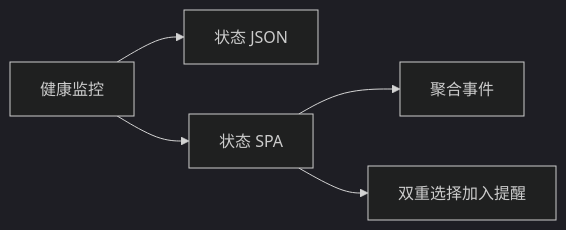
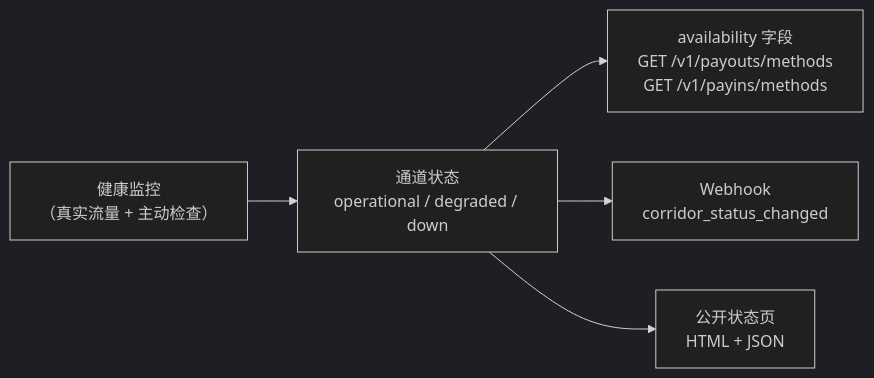
The diagram in mcp-pack/guides/zh/service-status.md (CBpayapp/cbpay-docs), drawn with Mermaid (dark theme) before and after one commit. The commit also changed other lines of this file and 22 other files, not shown here.

````diff
--- a/mcp-pack/guides/zh/service-status.md
+++ b/mcp-pack/guides/zh/service-status.md
@@ -14,7 +16,7 @@
 ```mermaid
 flowchart LR
-    monitor["健康监控"] --> api["状态 JSON"]
-    monitor --> page["状态 SPA"]
-    page --> incidents["聚合事件"]
-    page --> alerts["双重选择加入提醒"]
+    monitor["健康监控<br/>（真实流量 + 主动检查）"] --> state["通道状态<br/>operational / degraded / down"]
+    state --> catalog["availability 字段<br/>GET /v1/payouts/methods<br/>GET /v1/payins/methods"]
+    state --> hook["Webhook<br/>corridor_status_changed"]
+    state --> page["公开状态页<br/>HTML + JSON"]
 ```
````
